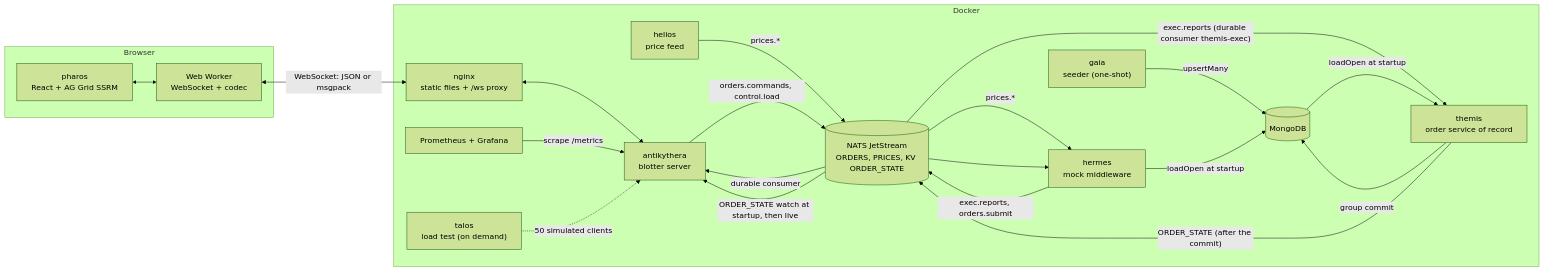
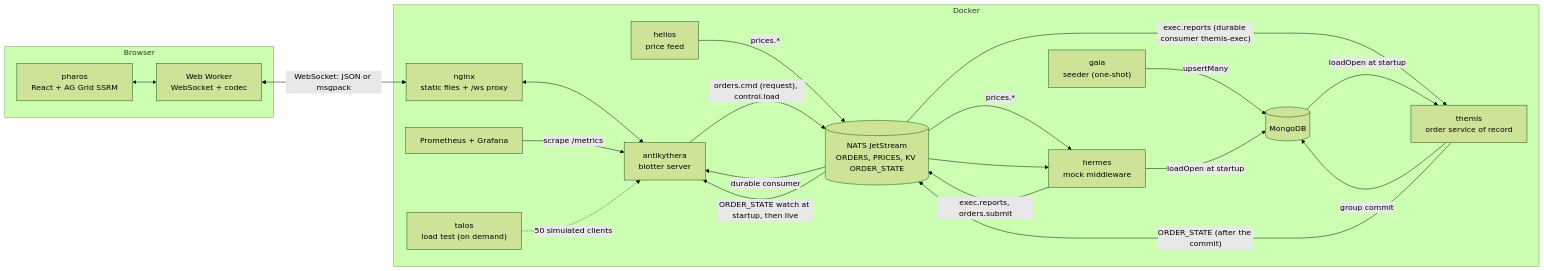
The first of 3 diagrams in docs/architecture.md (iAppGeek/apeiron), drawn with Mermaid (forest theme) before and after one commit. The commit also changed other lines of this file and 31 other files, not shown here.

````diff
--- a/docs/architecture.md
+++ b/docs/architecture.md
@@ -16,37 +16,37 @@
 ```mermaid
 flowchart LR
   subgraph Browser
     UI["pharos<br/>React + AG Grid SSRM"]
     W["Web Worker<br/>WebSocket + codec"]
     UI <--> W
   end
   subgraph Docker
     NG["nginx<br/>static files + /ws proxy"]
     AN["antikythera<br/>blotter server"]
     TH["themis<br/>order service of record"]
     HL["helios<br/>price feed"]
     HE["hermes<br/>mock middleware"]
     NA[("NATS JetStream<br/>ORDERS, PRICES, KV ORDER_STATE")]
     MO[("MongoDB")]
     GA["gaia<br/>seeder (one-shot)"]
     PR["Prometheus + Grafana"]
     TA["talos<br/>load test (on demand)"]
   end
   W <-->|"WebSocket: JSON or msgpack"| NG
   NG <--> AN
   HL -->|"prices.*"| NA
   HE -->|"exec.reports, orders.submit"| NA
   NA -->|"prices.*"| HE
   NA -->|"durable consumer"| AN
-  AN -->|"orders.commands, control.load"| NA
+  AN -->|"orders.cmd (request), control.load"| NA
   NA --> HE
   NA -->|"exec.reports (durable consumer themis-exec)"| TH
   TH -->|"group commit"| MO
   TH -->|"ORDER_STATE (after the commit)"| NA
   NA -->|"ORDER_STATE watch at startup, then live"| AN
   GA -->|"upsertMany"| MO
   MO -->|"loadOpen at startup"| TH
   HE -->|"loadOpen at startup"| MO
   PR -->|"scrape /metrics"| AN
   TA -.->|"50 simulated clients"| AN
 ```
````
